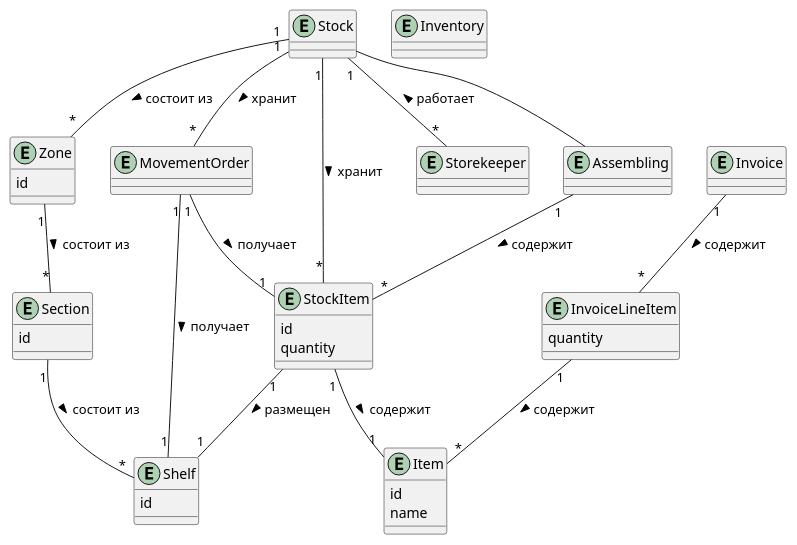
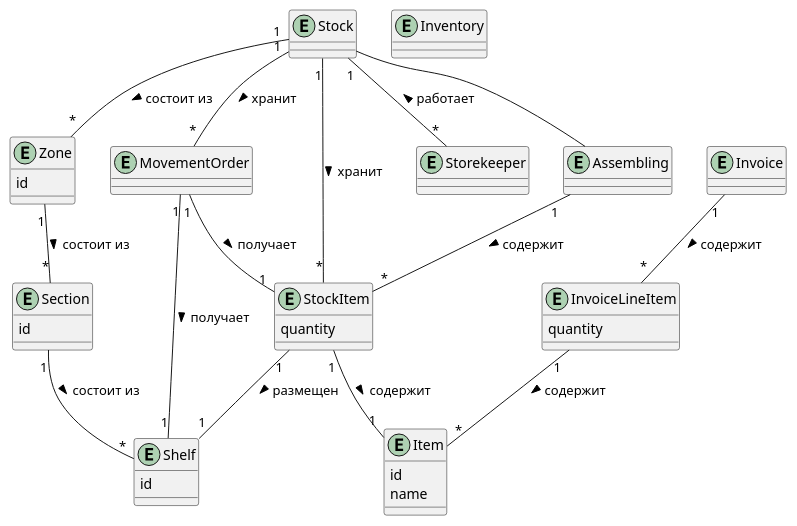
The diagram in warehouse/модель_предметной_области.md (penamarth/bsbo-02-21_team5_var6_sklad), drawn with PlantUML before and after one commit.

Commit message:
Update модель предметной области

````diff
--- a/warehouse/модель_предметной_области.md
+++ b/warehouse/модель_предметной_области.md
@@ -1,60 +1,59 @@
 ```plantuml
 
 @startuml 
 
 entity Stock {}
 
 entity MovementOrder {}
 
 entity Item {
   id
   name
 }
 
 entity StockItem {
-    id
     quantity
 }
 
 entity Zone {
   id
 }
 
 entity Section {
   id
 }
 
 entity Shelf {
   id
 }
 
 entity Invoice {}
 
 entity InvoiceLineItem {
   quantity
 }
 
 entity Storekeeper {}
 
 entity Assembling {}
 
 entity Inventory {}
 
 Stock "1" -- "*" StockItem : "хранит >"
 Stock "1" -- "*" MovementOrder : "хранит >"
 MovementOrder "1" -- "1" StockItem : "получает >"
 MovementOrder "1" -- "1" Shelf: "получает >"
 StockItem "1" -- "1" Item : "содержит >"
 StockItem "1" -- "1" Shelf : "размещен >"
 Invoice "1" -- "*" InvoiceLineItem : "содержит >"
 InvoiceLineItem "1" -- "*" Item : "содержит >"
 Stock "1" -- "*" Zone : "состоит из >"
 Zone "1" -- "*" Section : "состоит из >"
 Section "1" -- "*" Shelf : "состоит из >"
 Stock "1" -- "*" Storekeeper : "работает <"
 Stock -- Assembling
 Assembling "1" -- "*" StockItem : "содержит >"
 
 @enduml
 
 ```
````
